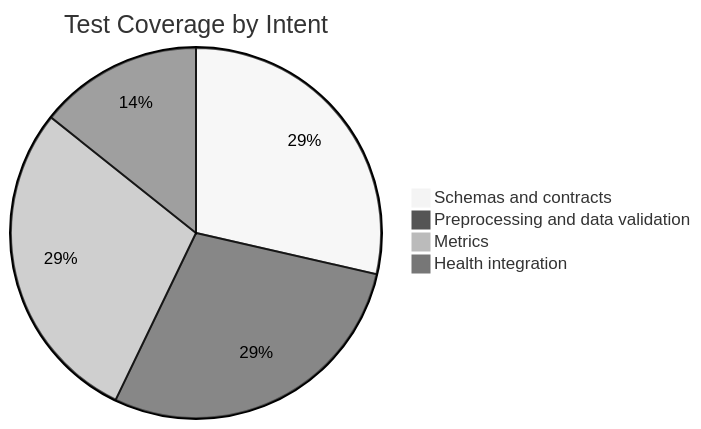
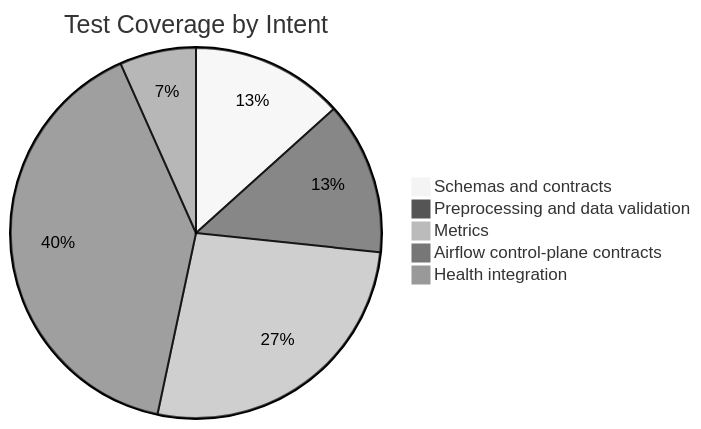
Before and after one commit to swadeshbalajee/galaxy_morphology_fp: the first of 2 diagrams in docs/05_TEST_REPORT.md, drawn with Mermaid (neutral theme). The commit also changed other lines of this file and 12 other files, not shown here.

````diff
--- a/docs/05_TEST_REPORT.md
+++ b/docs/05_TEST_REPORT.md
@@ -7,7 +7,8 @@
 ```mermaid
 pie title Test Coverage by Intent
   "Schemas and contracts" : 2
   "Preprocessing and data validation" : 2
-  "Metrics" : 2
+  "Metrics" : 4
+  "Airflow control-plane contracts" : 6
   "Health integration" : 1
 ```
````
